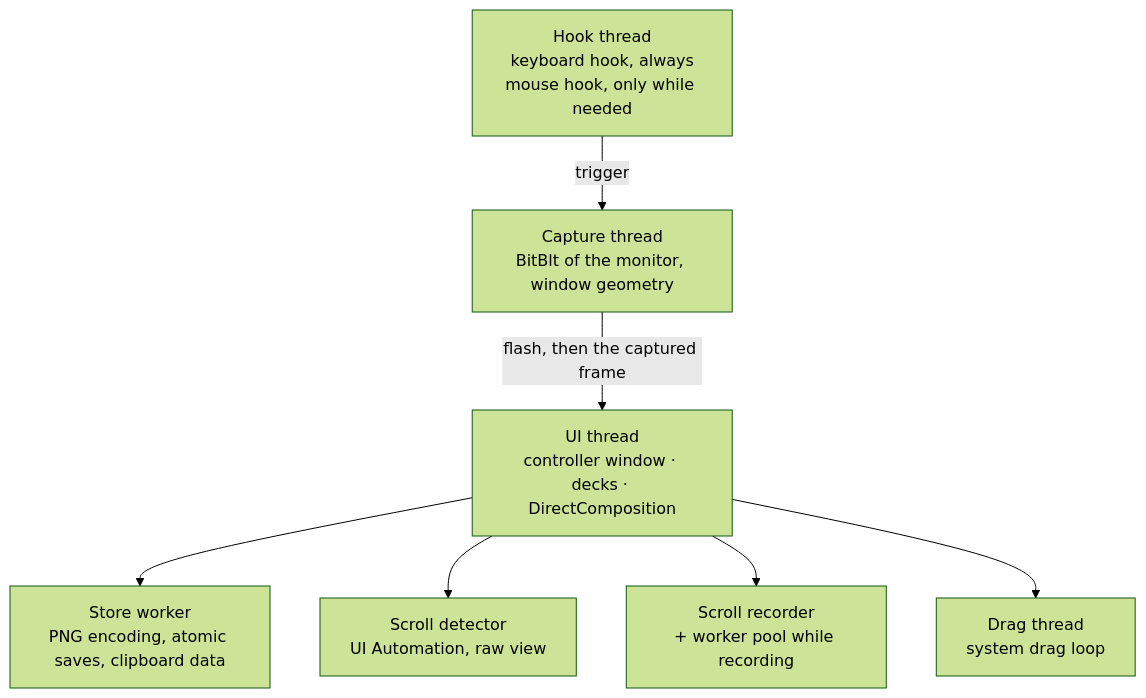
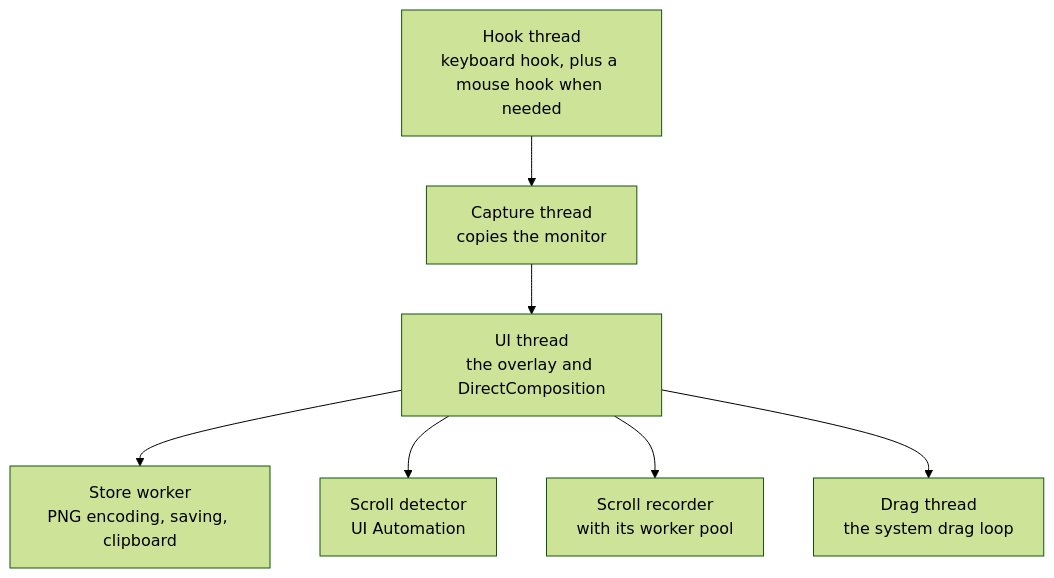
Before and after one commit to Jason-JP-Yang/Screenshot-Toolkit: the second of 3 diagrams in README.md, drawn with Mermaid (forest theme). The commit also changed other lines of this file and 24 other files, not shown here.

````diff
--- a/README.md
+++ b/README.md
@@ -366,16 +367,9 @@
 ```mermaid
 flowchart TB
-    HOOK["Hook thread<br/>keyboard hook, always<br/>mouse hook, only while needed"]
-    CAP["Capture thread<br/>BitBlt of the monitor, window geometry"]
-    UI["UI thread<br/>controller window · decks · DirectComposition"]
-    STORE["Store worker<br/>PNG encoding, atomic saves, clipboard data"]
-    DET["Scroll detector<br/>UI Automation, raw view"]
-    REC["Scroll recorder<br/>+ worker pool while recording"]
-    DRAG["Drag thread<br/>system drag loop"]
-    HOOK -- "trigger" --> CAP
-    CAP -- "flash, then the captured frame" --> UI
-    UI --> STORE
-    UI --> DET
-    UI --> REC
-    UI --> DRAG
+    HOOK["Hook thread<br/>keyboard hook, plus a mouse hook when needed"] --> CAP["Capture thread<br/>copies the monitor"]
+    CAP --> UI["UI thread<br/>the overlay and DirectComposition"]
+    UI --> STORE["Store worker<br/>PNG encoding, saving, clipboard"]
+    UI --> DET["Scroll detector<br/>UI Automation"]
+    UI --> REC["Scroll recorder<br/>with its worker pool"]
+    UI --> DRAG["Drag thread<br/>the system drag loop"]
 ```
````
